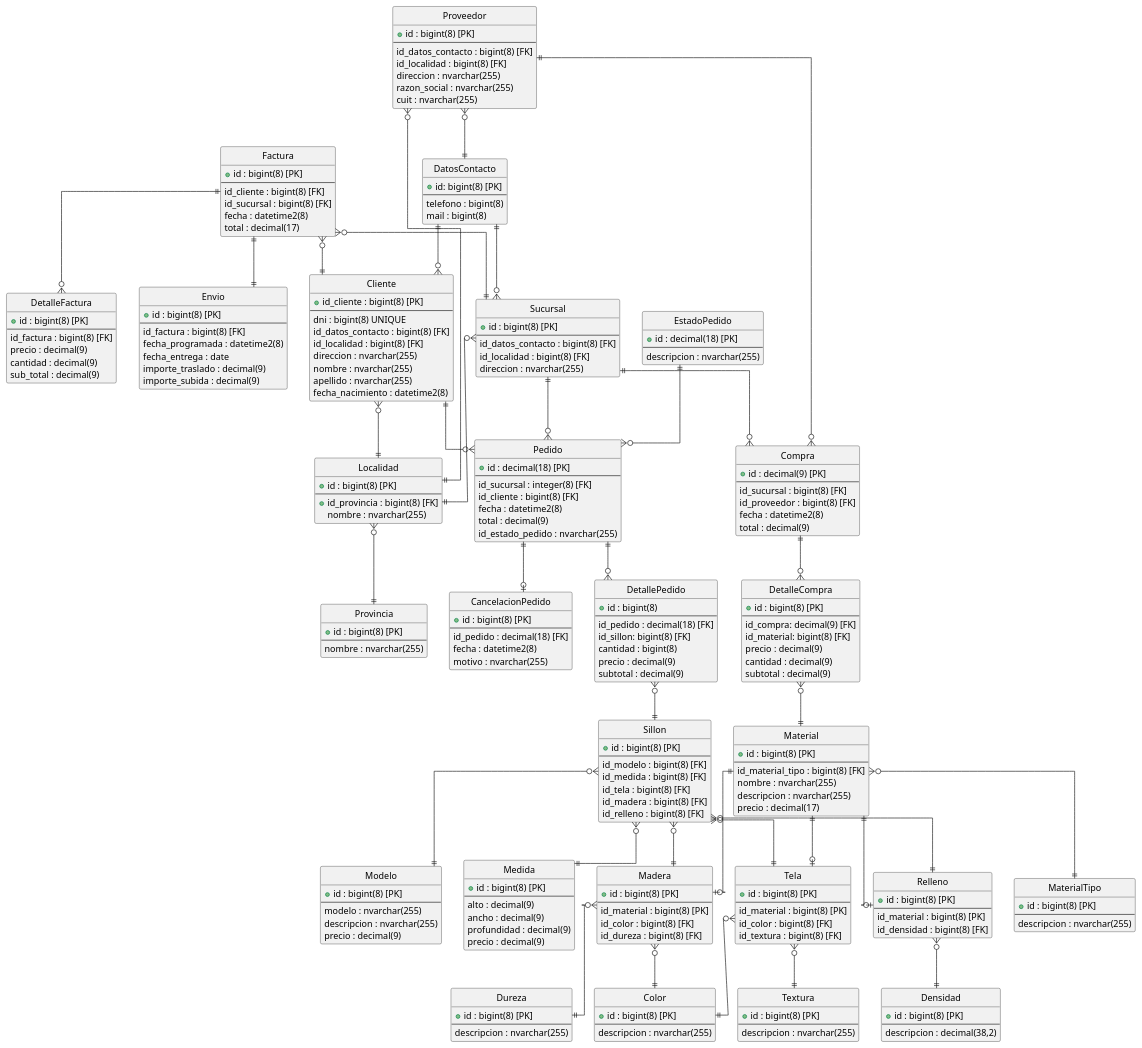
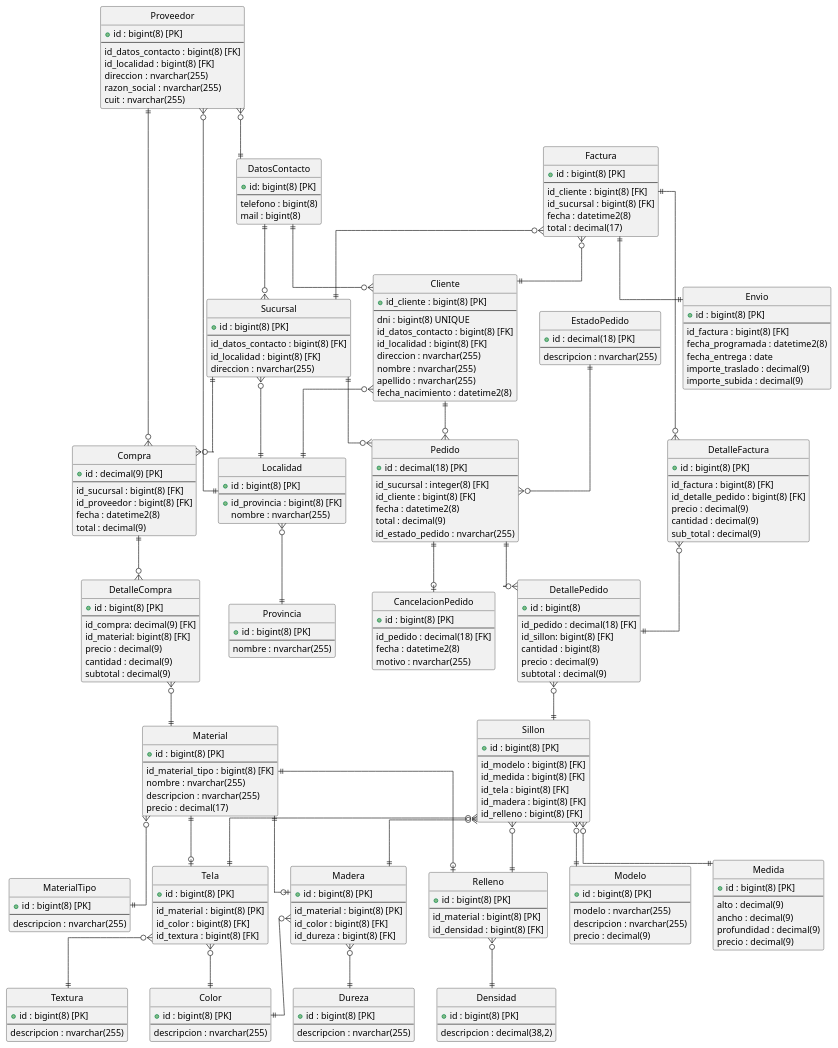
One commit to andrycarrasco/rejunte-sa-91 changed the diagram in der.puml. Above: the diagram before and after it, drawn with PlantUML. The commit also changed 1 other file, not shown here.

```diff
--- a/der.puml
+++ b/der.puml
@@ -111,6 +111,7 @@
   + id : bigint(8) [PK]
   --
   id_factura : bigint(8) [FK]
+  id_detalle_pedido : bigint(8) [FK]
   precio : decimal(9)
   cantidad : decimal(9)
   sub_total : decimal(9)
@@ -275,5 +276,6 @@
 DatosContacto ||--o{ Cliente 
 DetalleCompra }o--|| Material
 EstadoPedido ||--o{ Pedido
+DetalleFactura }o--|| DetallePedido
 
 @enduml
```
